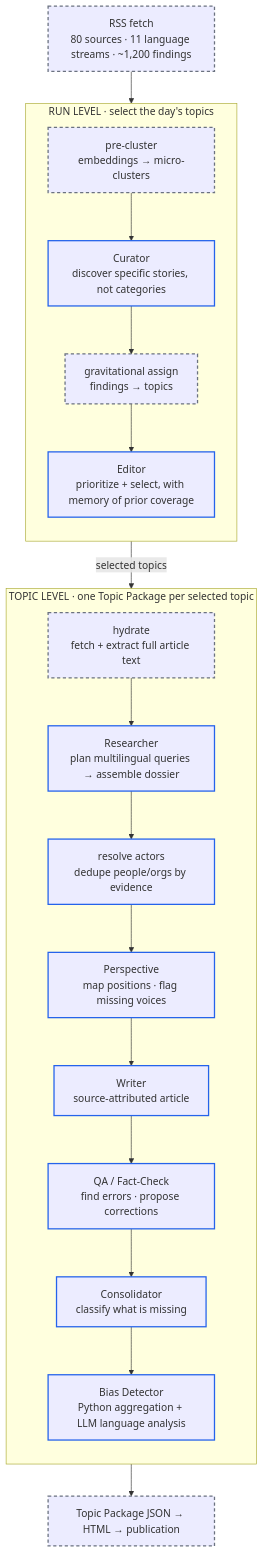
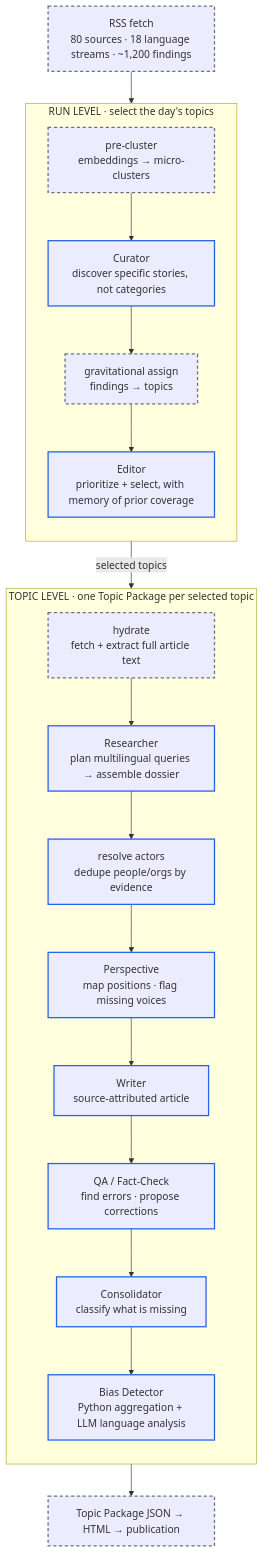
One commit to deniz-schwenk/independent-wire changed the diagram in README.md. Above: the diagram before and after it, drawn with Mermaid. The commit also changed other lines of this file and 1 other file, not shown here.

Commit message:
docs(bus-schema): re-enumerate stage lists to match runner (8+24 / 9+29) + README language count

````diff
--- a/README.md
+++ b/README.md
@@ -33,34 +33,34 @@
 ```mermaid
 flowchart TD
-    RSS["RSS fetch<br/>80 sources · 11 language streams · ~1,200 findings"]:::det
+    RSS["RSS fetch<br/>80 sources · 18 language streams · ~1,200 findings"]:::det
     RSS --> RUN
 
     subgraph RUN["RUN LEVEL · select the day's topics"]
         direction TB
         PC["pre-cluster<br/>embeddings → micro-clusters"]:::det
         CUR["Curator<br/>discover specific stories, not categories"]:::llm
         GRAV["gravitational assign<br/>findings → topics"]:::det
         ED["Editor<br/>prioritize + select, with memory of prior coverage"]:::llm
         PC --> CUR --> GRAV --> ED
     end
 
     ED -->|"selected topics"| TOPIC
 
     subgraph TOPIC["TOPIC LEVEL · one Topic Package per selected topic"]
         direction TB
         HY["hydrate<br/>fetch + extract full article text"]:::det
         RES["Researcher<br/>plan multilingual queries → assemble dossier"]:::llm
         ACT["resolve actors<br/>dedupe people/orgs by evidence"]:::llm
         PER["Perspective<br/>map positions · flag missing voices"]:::llm
         WR["Writer<br/>source-attributed article"]:::llm
         QA["QA / Fact-Check<br/>find errors · propose corrections"]:::llm
         CON["Consolidator<br/>classify what is missing"]:::llm
         BIAS["Bias Detector<br/>Python aggregation + LLM language analysis"]:::llm
         HY --> RES --> ACT --> PER --> WR --> QA --> CON --> BIAS
     end
 
     BIAS --> OUT["Topic Package JSON → HTML → publication"]:::det
 
     classDef llm stroke:#2563eb,stroke-width:2px;
     classDef det stroke:#6b7280,stroke-width:2px,stroke-dasharray:5 4;
 ```
````
